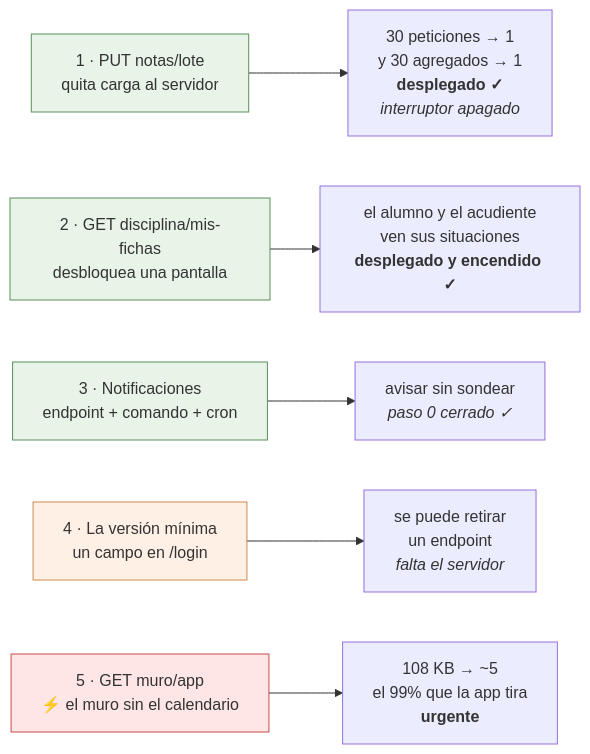
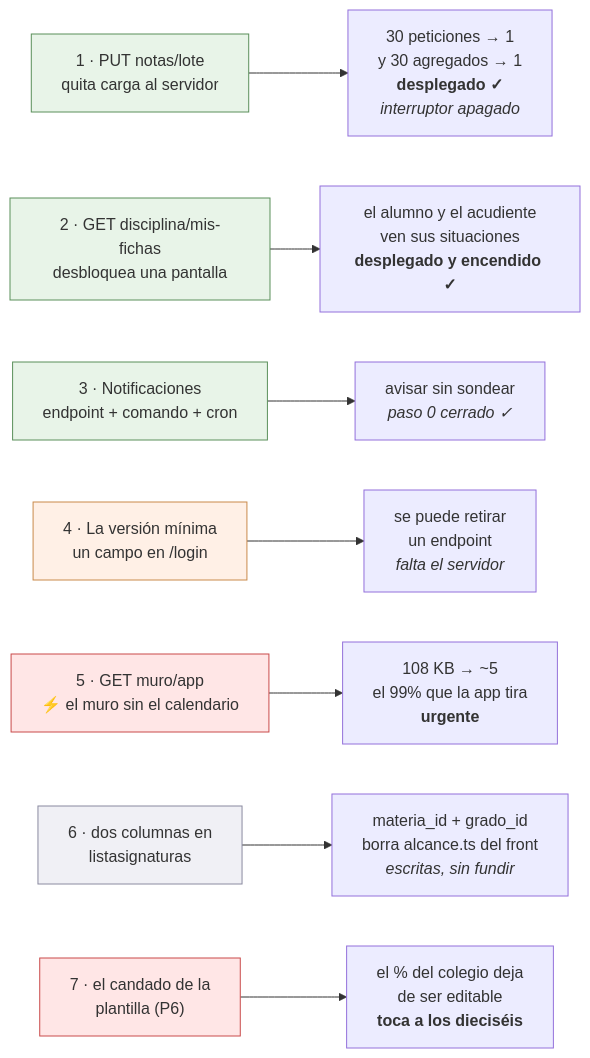
Before and after one commit to bluesky777/myvc_flutter: the diagram in docs/backend-pendiente.md, drawn with Mermaid. The commit also changed other lines of this file and 3 other files, not shown here.

````diff
--- a/docs/backend-pendiente.md
+++ b/docs/backend-pendiente.md
@@ -26,14 +29,18 @@
 ```mermaid
 flowchart LR
     A["1 · PUT notas/lote<br/>quita carga al servidor"] --> A1["30 peticiones → 1<br/>y 30 agregados → 1<br/><b>desplegado ✓</b><br/><i>interruptor apagado</i>"]
     B["2 · GET disciplina/mis-fichas<br/>desbloquea una pantalla"] --> B1["el alumno y el acudiente<br/>ven sus situaciones<br/><b>desplegado y encendido ✓</b>"]
     C["3 · Notificaciones<br/>endpoint + comando + cron"] --> C1["avisar sin sondear<br/><i>paso 0 cerrado ✓</i>"]
     D["4 · La versión mínima<br/>un campo en /login"] --> D1["se puede retirar<br/>un endpoint<br/><i>falta el servidor</i>"]
     E["5 · GET muro/app<br/>⚡ el muro sin el calendario"] --> E1["108 KB → ~5<br/>el 99% que la app tira<br/><b>urgente</b>"]
+    F["6 · dos columnas en<br/>listasignaturas"] --> F1["materia_id + grado_id<br/>borra alcance.ts del front<br/><i>escritas, sin fundir</i>"]
+    G["7 · el candado de la<br/>plantilla (P6)"] --> G1["el % del colegio deja<br/>de ser editable<br/><b>toca a los dieciséis</b>"]
 
     style A fill:#e8f4e8,stroke:#5a8f5a
     style B fill:#e8f4e8,stroke:#5a8f5a
     style C fill:#e8f4e8,stroke:#5a8f5a
     style D fill:#fff0e6,stroke:#c98a4b
     style E fill:#ffe6e6,stroke:#c94b4b
+    style F fill:#f0f0f5,stroke:#8a8aa0
+    style G fill:#ffe6e6,stroke:#c94b4b
 ```
````
